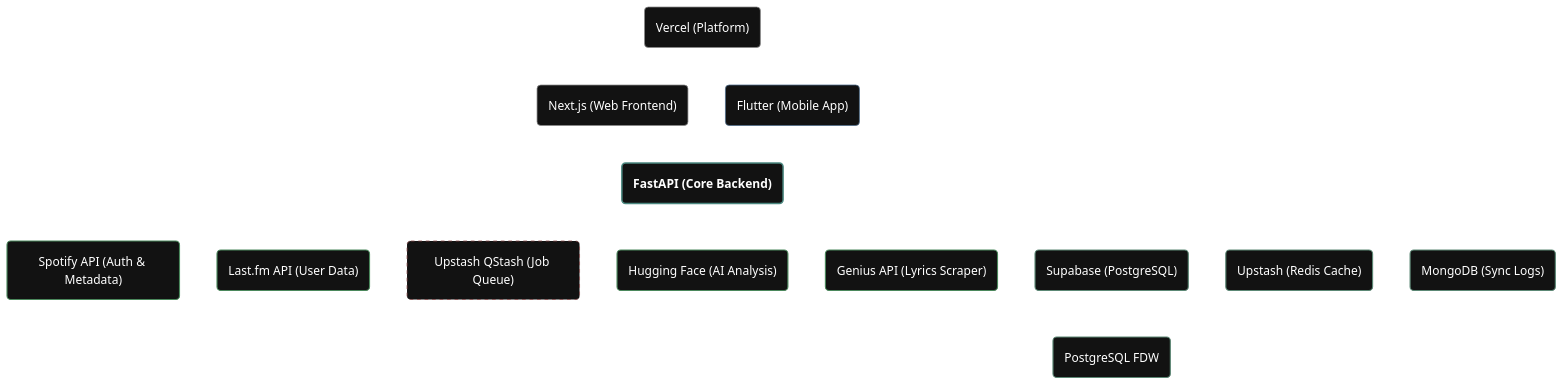
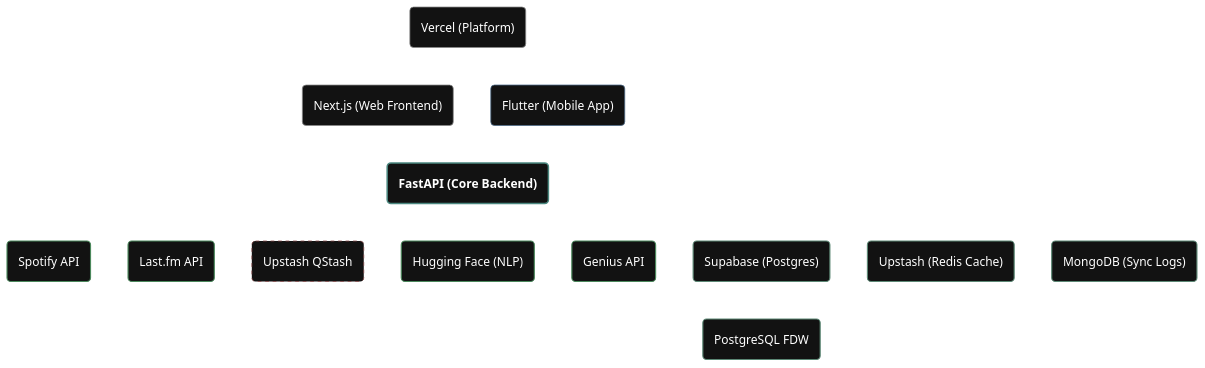
The diagram in README.md (anggars/personalify), drawn with Mermaid before and after one commit.

````diff
--- a/README.md
+++ b/README.md
@@ -53,60 +53,60 @@
 ```mermaid
 flowchart TD
     %% Compute Layer
     Vercel("Vercel (Platform)")
     NextJS("Next.js (Web Frontend)")
     Flutter("Flutter (Mobile App)")
     FastAPI("FastAPI (Core Backend)")
 
     Vercel --> NextJS
     Vercel --> Flutter
     NextJS <--> FastAPI
     Flutter <--> FastAPI
     
     %% API Engines (Dual Engine)
-    Spotify("Spotify API (Auth & Metadata)")
-    LastFM("Last.fm API (User Data)")
-    QStash("Upstash QStash (Job Queue)")
-    HF("Hugging Face (AI Analysis)")
-    Genius("Genius API (Lyrics Scraper)")
+    Spotify("Spotify API")
+    LastFM("Last.fm API")
+    QStash("Upstash QStash")
+    HF("Hugging Face (NLP)")
+    Genius("Genius API")
 
     %% Dual Flow
     FastAPI --> Spotify
     FastAPI --> LastFM
     FastAPI --> QStash
     QStash -.-> FastAPI
     FastAPI --> HF
     FastAPI --> Genius
     
     %% Storage Layer
-    Supabase("Supabase (PostgreSQL)")
+    Supabase("Supabase (Postgres)")
     Upstash("Upstash (Redis Cache)")
     MongoDB("MongoDB (Sync Logs)")
     FDW("PostgreSQL FDW")
 
     FastAPI --> Supabase
     FastAPI --> Upstash
     FastAPI --> MongoDB
     Supabase --> FDW
 
     %% Styling 
     classDef vrc fill:#121212,stroke:#888,stroke-width:1px,color:#fff
     classDef nxt fill:#121212,stroke:#888,stroke-width:1px,color:#fff
     classDef flt fill:#121212,stroke:#4B6A88,stroke-width:1px,color:#fff
     classDef fas fill:#121212,stroke:#4B8880,stroke-width:2px,color:#fff
     
     classDef engine fill:#121212,stroke:#4B885C,stroke-width:1.5px,color:#fff
     classDef job fill:#121212,stroke:#884B4B,stroke-width:1px,stroke-dasharray: 5 5,color:#fff
     classDef storage fill:#121212,stroke:#5C8875,stroke-width:1.5px,color:#fff
 
     class Vercel vrc
     class NextJS nxt
     class Flutter flt
     class FastAPI fas
     
     class Spotify,LastFM,HF,Genius engine
     class QStash job
     class Supabase,Upstash,MongoDB,FDW storage
 
     linkStyle default stroke:#fff,stroke-width:1.5px,opacity:0.8
 ```
````
